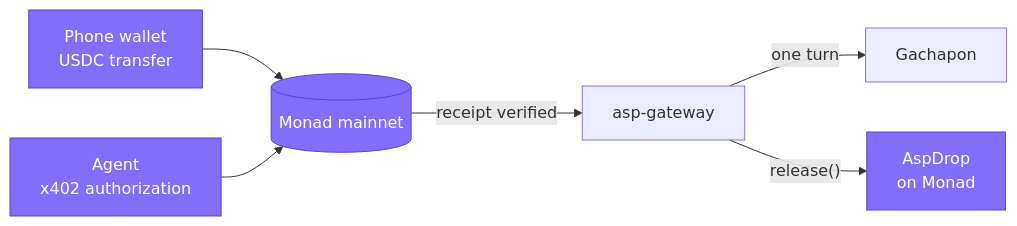
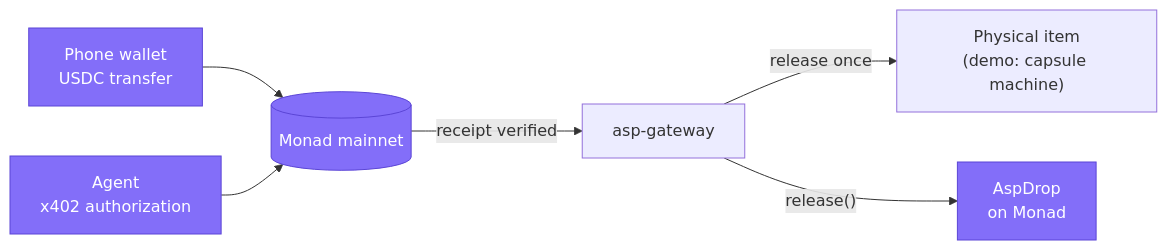
One commit to altaga/Asp changed the first of 6 diagrams in README.md. Above: the diagram before and after it, drawn with Mermaid. The commit also changed other lines of this file and 1 other file, not shown here.

Commit message:
The problem is scalping of any limited drop; the capsule machine is just what we bring to the booth. Cleaner how-it-fits diagram

````diff
--- a/README.md
+++ b/README.md
@@ -42,9 +42,9 @@
 ```mermaid
 flowchart LR
   Pay["Phone wallet<br/>USDC transfer"]:::monad --> Chain[("Monad mainnet")]:::monad
   Agent["Agent<br/>x402 authorization"]:::monad --> Chain
   Chain -->|receipt verified| GW[asp-gateway]
-  GW -->|one turn| Motor[Gachapon]
+  GW -->|release once| Item["Physical item<br/>(demo: capsule machine)"]
   GW -->|"release()"| Drop["AspDrop<br/>on Monad"]:::monad
   classDef monad fill:#836EF9,stroke:#5B45D6,color:#fff
 ```
````
